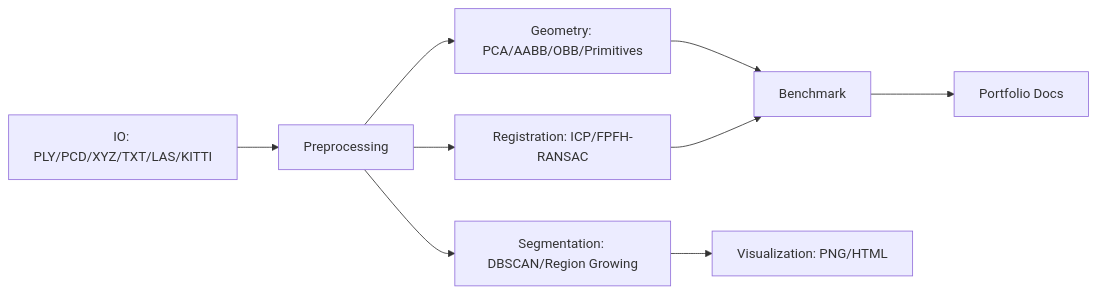
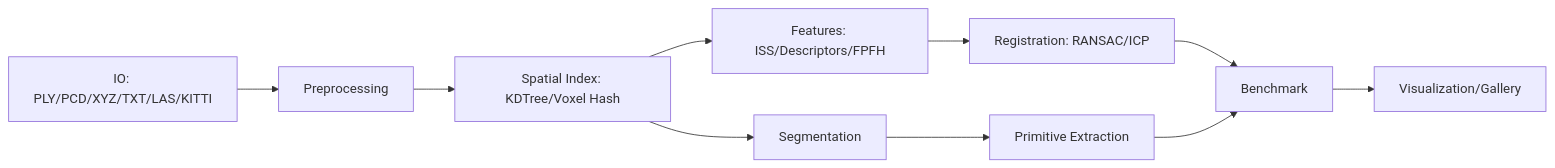
Before and after one commit to lazyJLBL/PointCloud-GeoLab: the diagram in README.md, drawn with Mermaid. The commit also changed other lines of this file and 161 other files, not shown here.

````diff
--- a/README.md
+++ b/README.md
@@ -27,11 +27,12 @@
 ```mermaid
 flowchart LR
     IO[IO: PLY/PCD/XYZ/TXT/LAS/KITTI] --> Pre[Preprocessing]
-    Pre --> Geo[Geometry: PCA/AABB/OBB/Primitives]
-    Pre --> Reg[Registration: ICP/FPFH-RANSAC]
-    Pre --> Seg[Segmentation: DBSCAN/Region Growing]
-    Geo --> Bench[Benchmark]
-    Reg --> Bench
-    Seg --> Viz[Visualization: PNG/HTML]
-    Bench --> Docs[Portfolio Docs]
+    Pre --> Spatial[Spatial Index: KDTree/Voxel Hash]
+    Spatial --> Features[Features: ISS/Descriptors/FPFH]
+    Features --> Reg[Registration: RANSAC/ICP]
+    Spatial --> Seg[Segmentation]
+    Seg --> Prim[Primitive Extraction]
+    Reg --> Bench[Benchmark]
+    Prim --> Bench
+    Bench --> Viz[Visualization/Gallery]
 ```
````
